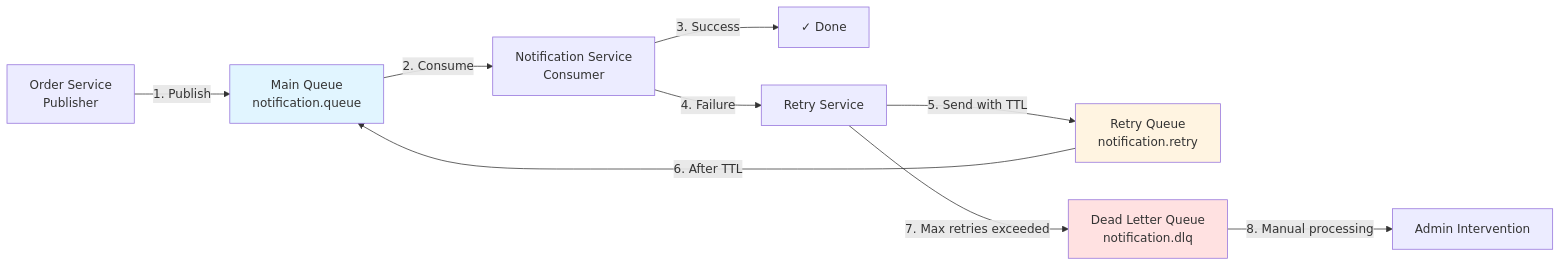
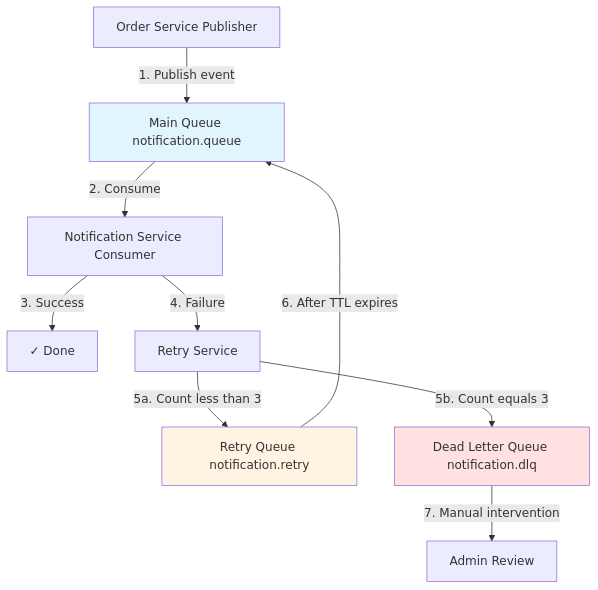
The diagram in docs/RABBITMQ.md (lppduy/springboot-rabbitmq-k8s-demo), drawn with Mermaid before and after one commit.

Commit message:
docs: update mermaid diagram to vertical flow

````diff
--- a/docs/RABBITMQ.md
+++ b/docs/RABBITMQ.md
@@ -34,15 +34,24 @@
 ```mermaid
-graph LR
-    OrderService[Order Service<br/>Publisher] -->|1. Publish| MainQueue[Main Queue<br/>notification.queue]
-    MainQueue -->|2. Consume| Consumer[Notification Service<br/>Consumer]
-    Consumer -->|3. Success| Done[✓ Done]
-    Consumer -->|4. Failure| RetryService[Retry Service]
-    RetryService -->|5. Send with TTL| RetryQueue[Retry Queue<br/>notification.retry]
-    RetryQueue -->|6. After TTL| MainQueue
-    RetryService -->|7. Max retries exceeded| DLQ[Dead Letter Queue<br/>notification.dlq]
-    DLQ -->|8. Manual processing| Admin[Admin Intervention]
+graph TB
+    OrderService[Order Service Publisher]
+    MainQueue[Main Queue notification.queue]
+    Consumer[Notification Service Consumer]
+    Done[✓ Done]
+    RetryService[Retry Service]
+    RetryQueue[Retry Queue notification.retry]
+    DLQ[Dead Letter Queue notification.dlq]
+    Admin[Admin Review]
+    
+    OrderService -->|1. Publish event| MainQueue
+    MainQueue -->|2. Consume| Consumer
+    Consumer -->|3. Success| Done
+    Consumer -->|4. Failure| RetryService
+    RetryService -->|5a. Count less than 3| RetryQueue
+    RetryService -->|5b. Count equals 3| DLQ
+    RetryQueue -->|6. After TTL expires| MainQueue
+    DLQ -->|7. Manual intervention| Admin
     
     style MainQueue fill:#e1f5ff
     style RetryQueue fill:#fff4e1
     style DLQ fill:#ffe1e1
 ```
````
